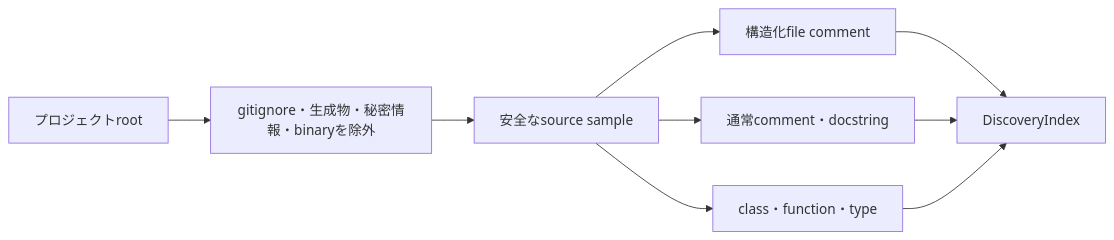
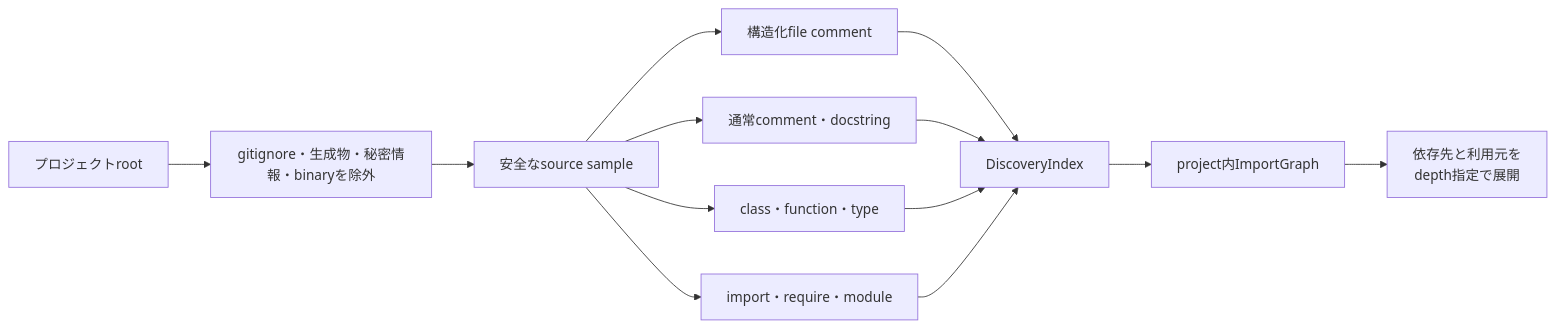
The diagram in docs/local-discovery.md (matsutanishimpei/make-summary), drawn with Mermaid before and after one commit. The commit also changed other lines of this file and 9 other files, not shown here.

Commit message:
feat: add project import graph

````diff
--- a/docs/local-discovery.md
+++ b/docs/local-discovery.md
@@ -9,11 +9,15 @@
 ```mermaid
 flowchart LR
     Root["プロジェクトroot"] --> Safe["gitignore・生成物・秘密情報・binaryを除外"]
     Safe --> Sample["安全なsource sample"]
     Sample --> Structured["構造化file comment"]
     Sample --> Comments["通常comment・docstring"]
     Sample --> Symbols["class・function・type"]
+    Sample --> Imports["import・require・module"]
     Structured --> Index["DiscoveryIndex"]
     Comments --> Index
     Symbols --> Index
+    Imports --> Index
+    Index --> Graph["project内ImportGraph"]
+    Graph --> Dependencies["依存先と利用元を<br/>depth指定で展開"]
 ```
````
